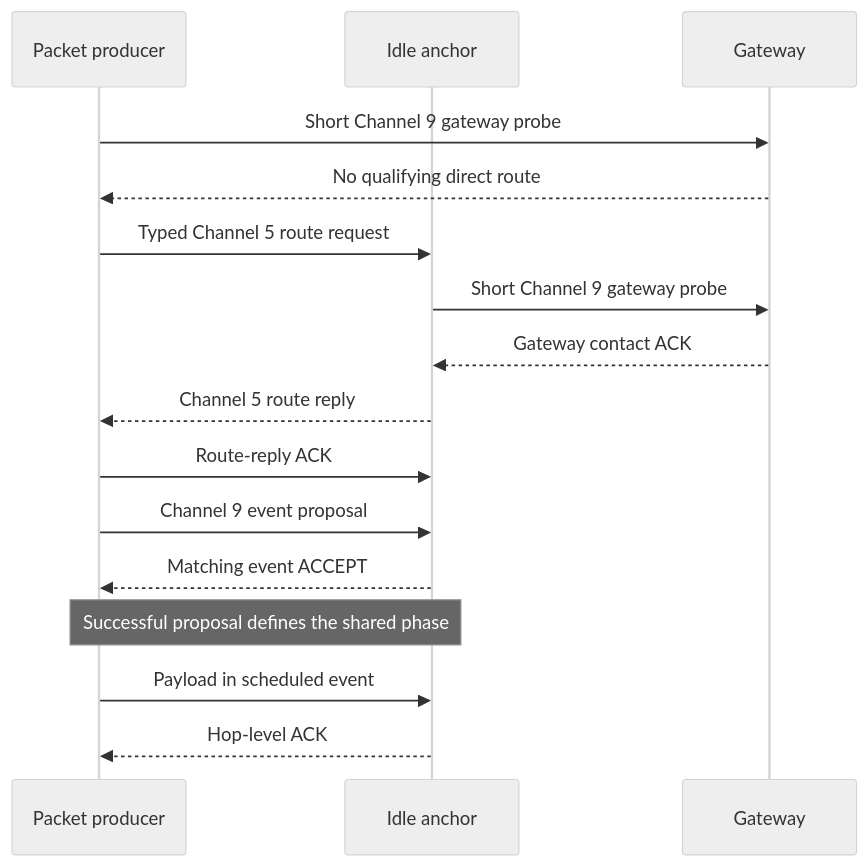
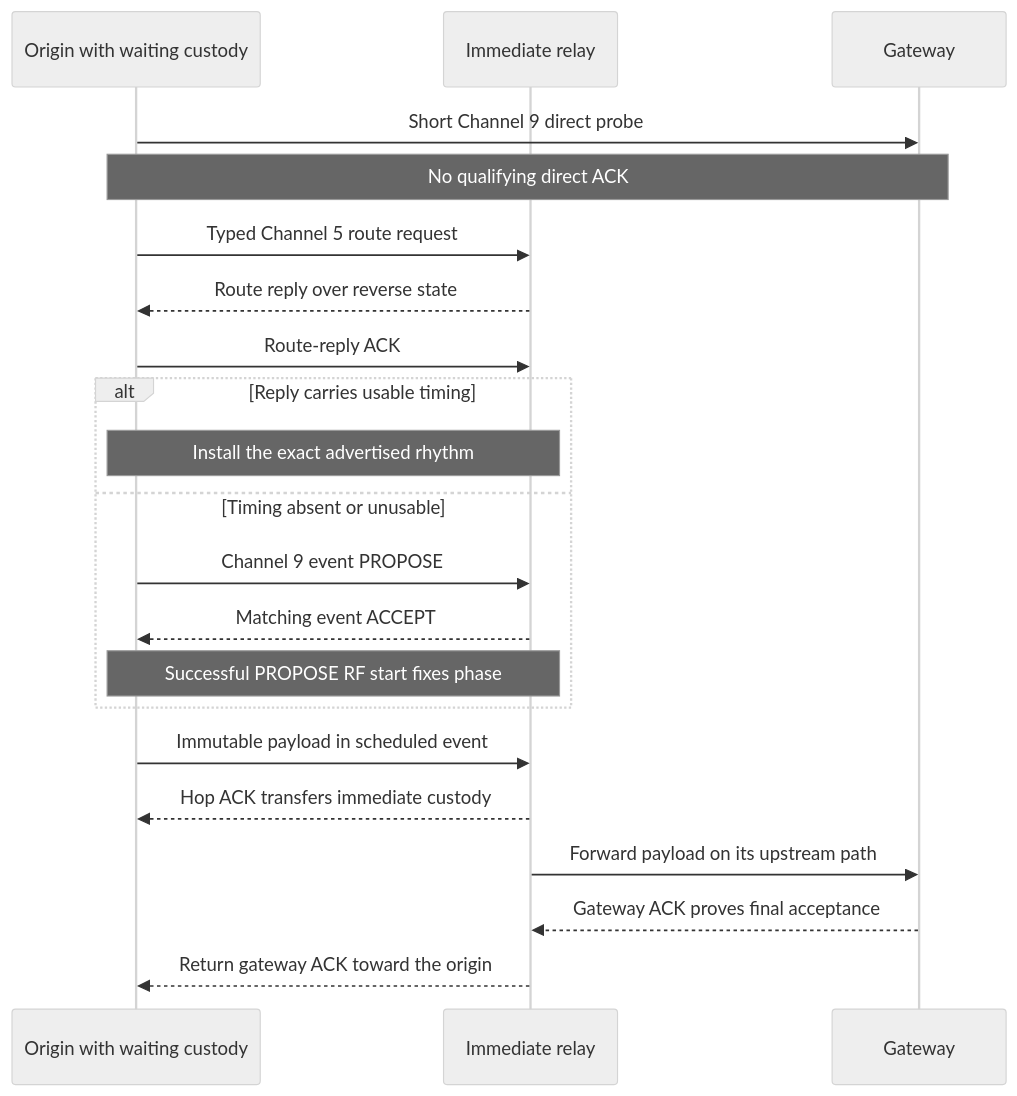
The second of 2 diagrams in docs/wiki/05_connected-routing-and-reliable-delivery.md (Jubliano-sama/IMEC2), drawn with Mermaid (neutral theme) before and after one commit. The commit also changed other lines of this file and 20 other files, not shown here.

Commit message:
Regenerate source-bound architecture wiki

````diff
--- a/docs/wiki/05_connected-routing-and-reliable-delivery.md
+++ b/docs/wiki/05_connected-routing-and-reliable-delivery.md
@@ -74,19 +79,24 @@
 ```mermaid
 sequenceDiagram
-    participant P as Packet producer
-    participant A as Idle anchor
+    participant O as Origin with waiting custody
+    participant R as Immediate relay
     participant G as Gateway
 
-    P->>G: Short Channel 9 gateway probe
-    G-->>P: No qualifying direct route
-    P->>A: Typed Channel 5 route request
-    A->>G: Short Channel 9 gateway probe
-    G-->>A: Gateway contact ACK
-    A-->>P: Channel 5 route reply
-    P->>A: Route-reply ACK
-    P->>A: Channel 9 event proposal
-    A-->>P: Matching event ACCEPT
-    Note over P,A: Successful proposal defines the shared phase
-    P->>A: Payload in scheduled event
-    A-->>P: Hop-level ACK
+    O->>G: Short Channel 9 direct probe
+    Note over O,G: No qualifying direct ACK
+    O->>R: Typed Channel 5 route request
+    R-->>O: Route reply over reverse state
+    O->>R: Route-reply ACK
+    alt Reply carries usable timing
+        Note over O,R: Install the exact advertised rhythm
+    else Timing absent or unusable
+        O->>R: Channel 9 event PROPOSE
+        R-->>O: Matching event ACCEPT
+        Note over O,R: Successful PROPOSE RF start fixes phase
+    end
+    O->>R: Immutable payload in scheduled event
+    R-->>O: Hop ACK transfers immediate custody
+    R->>G: Forward payload on its upstream path
+    G-->>R: Gateway ACK proves final acceptance
+    R-->>O: Return gateway ACK toward the origin
 ```
````
